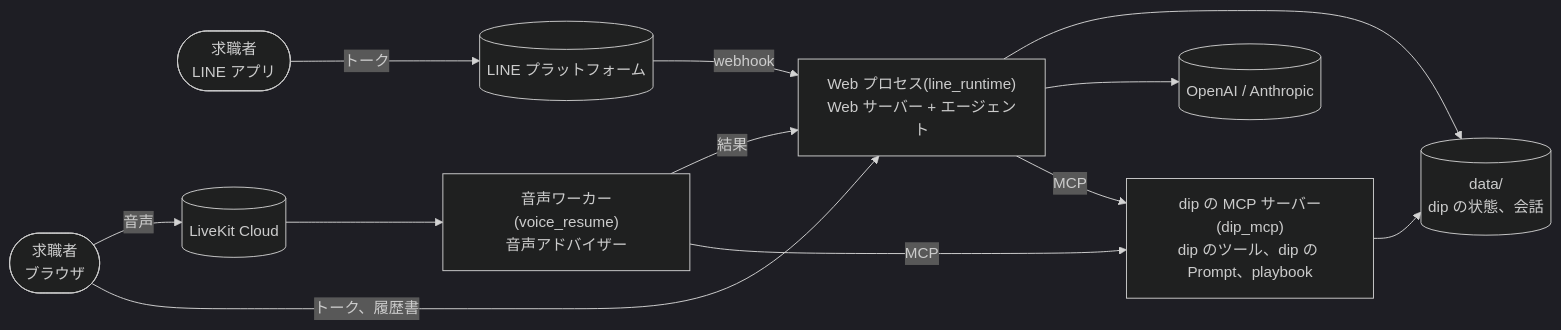
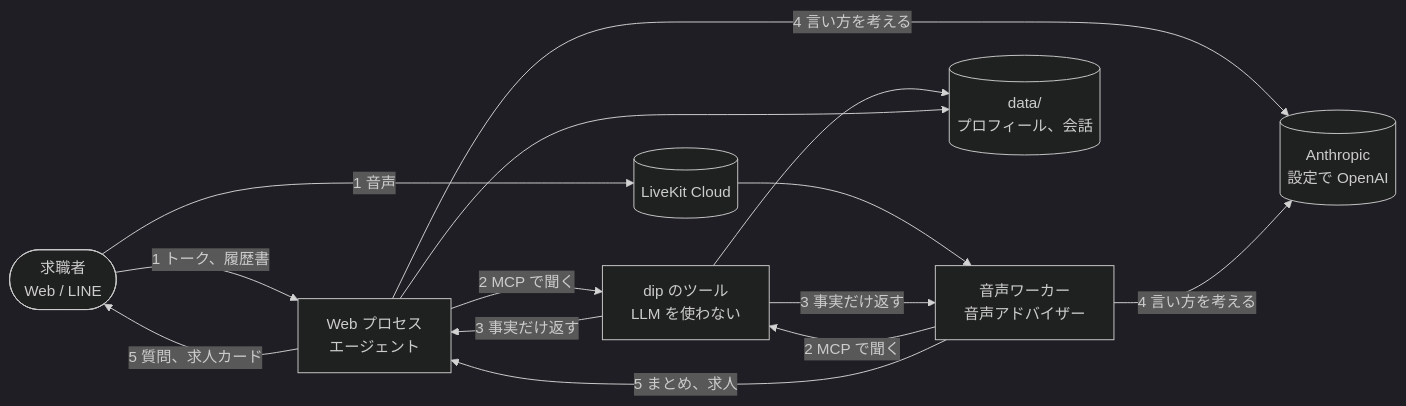
One commit to jyoka/aica changed the diagram in README.md. Above: the diagram before and after it, drawn with Mermaid (dark theme). The commit also changed other lines of this file and 9 other files, not shown here.

````diff
--- a/README.md
+++ b/README.md
@@ -16,22 +20,15 @@
 ```mermaid
 flowchart LR
-    seeker(["求職者<br/>ブラウザ"])
-    lineu(["求職者<br/>LINE アプリ"])
-    lineapi[("LINE プラットフォーム")]
-    web["Web プロセス(line_runtime)<br/>Web サーバー + エージェント"]
-    dip["dip の MCP サーバー(dip_mcp)<br/>dip のツール、dip の Prompt、playbook"]
-    lk[("LiveKit Cloud")]
-    worker["音声ワーカー(voice_resume)<br/>音声アドバイザー"]
-    data[("data/<br/>dip の状態、会話")]
-    llm[("OpenAI / Anthropic")]
-
-    seeker -- "トーク、履歴書" --> web
-    lineu -- "トーク" --> lineapi -- "webhook" --> web
-    web -- "MCP" --> dip
-    web --> llm
-    seeker -- "音声" --> lk --> worker
-    worker -- "MCP" --> dip
-    worker -- "結果" --> web
-    dip --> data
+    you(["求職者<br/>Web / LINE"]) -- "1 トーク、履歴書" --> web["Web プロセス<br/>エージェント"]
+    you -- "1 音声" --> lk[("LiveKit Cloud")] --> worker["音声ワーカー<br/>音声アドバイザー"]
+    web -- "2 MCP で聞く" --> dip["dip のツール<br/>LLM を使わない"]
+    worker -- "2 MCP で聞く" --> dip
+    dip -- "3 事実だけ返す" --> web
+    dip -- "3 事実だけ返す" --> worker
+    web -- "4 言い方を考える" --> llm[("Anthropic<br/>設定で OpenAI")]
+    worker -- "4 言い方を考える" --> llm
+    web -- "5 質問、求人カード" --> you
+    worker -- "5 まとめ、求人" --> web
+    dip --> data[("data/<br/>プロフィール、会話")]
     web --> data
 ```
````
